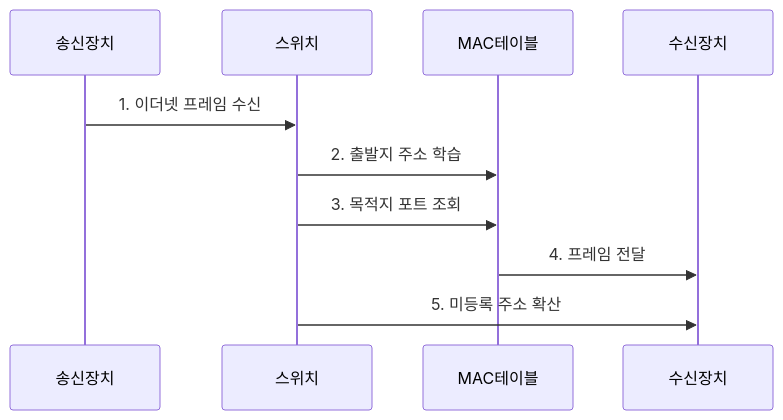
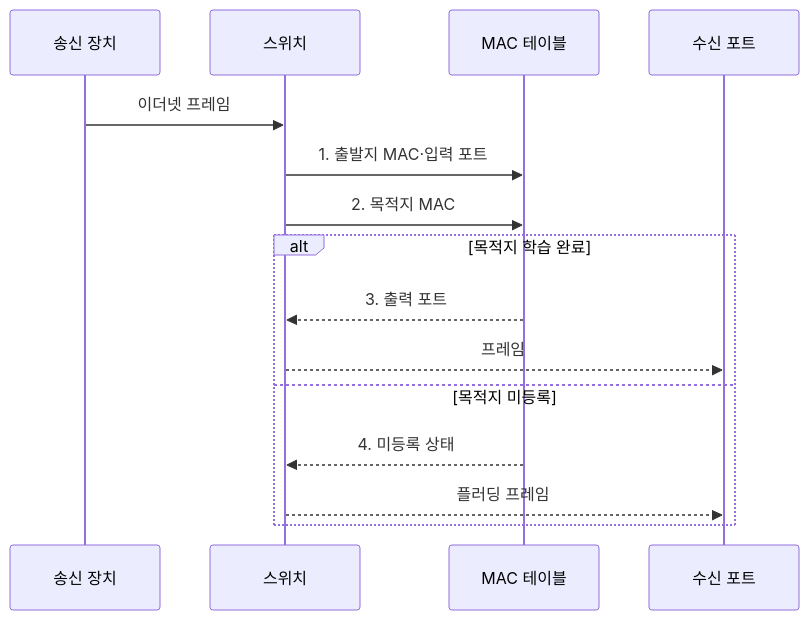
The second of 2 diagrams in src/content/docs/notes/04-network/006_mac_address.md (agnusdei1207/knowledge-base), drawn with Mermaid before and after one commit. The commit also changed other lines of this file and 20 other files, not shown here.

````diff
--- a/src/content/docs/notes/04-network/006_mac_address.md
+++ b/src/content/docs/notes/04-network/006_mac_address.md
@@ -86,12 +83,17 @@
 ```mermaid
 sequenceDiagram
-    participant 송신장치
-    participant 스위치
-    participant MAC테이블
-    participant 수신장치
-    송신장치->>스위치: 1. 이더넷 프레임 수신
-    스위치->>MAC테이블: 2. 출발지 주소 학습
-    스위치->>MAC테이블: 3. 목적지 포트 조회
-    MAC테이블->>수신장치: 4. 프레임 전달
-    스위치->>수신장치: 5. 미등록 주소 확산
+    participant S as 송신 장치
+    participant W as 스위치
+    participant T as MAC 테이블
+    participant R as 수신 포트
+    S->>W: 이더넷 프레임
+    W->>T: 1. 출발지 MAC·입력 포트
+    W->>T: 2. 목적지 MAC
+    alt 목적지 학습 완료
+        T-->>W: 3. 출력 포트
+        W-->>R: 프레임
+    else 목적지 미등록
+        T-->>W: 4. 미등록 상태
+        W-->>R: 플러딩 프레임
+    end
 ```
````
